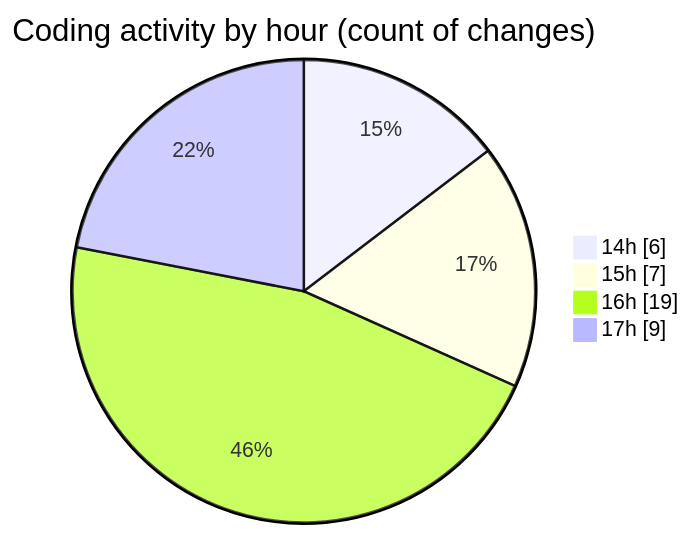
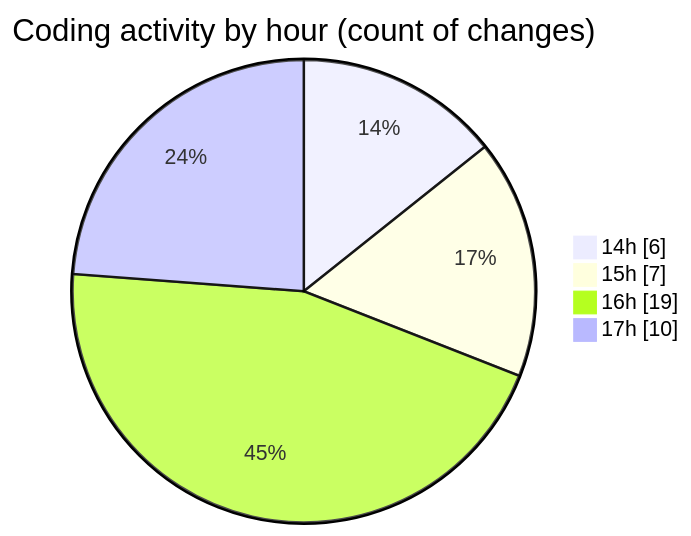
One commit to igalym/code-tracking changed the second of 2 diagrams in 2026-03-30/cinema/README.md. Above: the diagram before and after it, drawn with Mermaid. The commit also changed other lines of this file and 1 other file, not shown here.

````diff
--- a/2026-03-30/cinema/README.md
+++ b/2026-03-30/cinema/README.md
@@ -39,8 +40,8 @@
 ```mermaid
 pie showData
 title Coding activity by hour (count of changes)
 "14h" : 6
 "15h" : 7
 "16h" : 19
-"17h" : 9
+"17h" : 10
 ```
````
